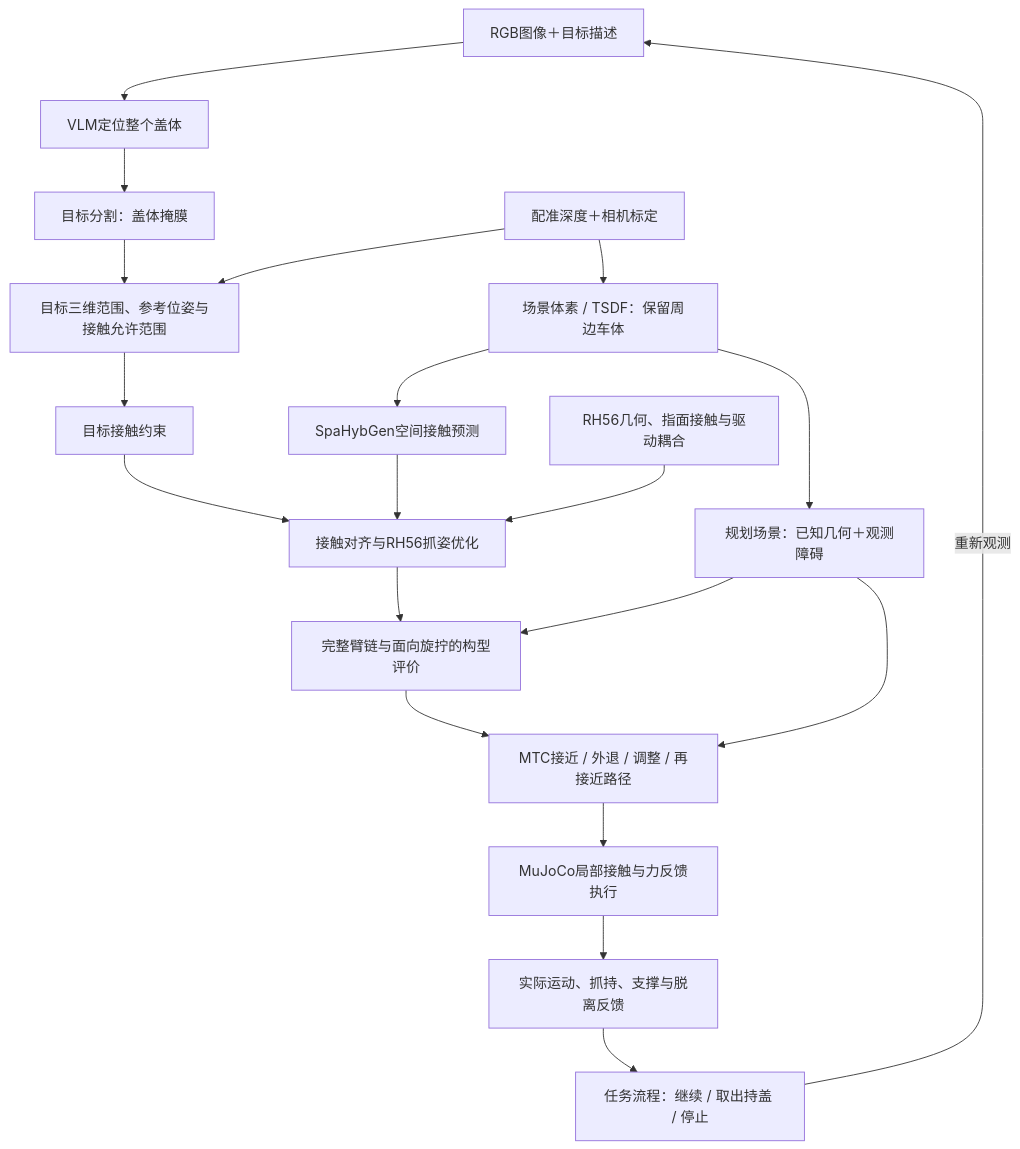
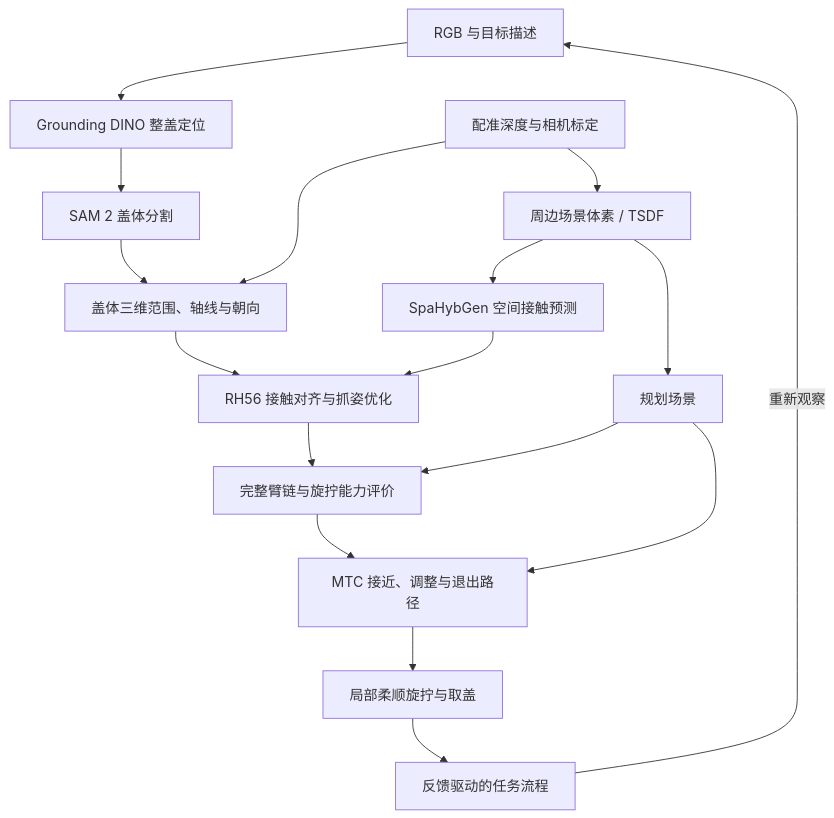
One commit to Ace-XiaoChuan/i10_rh56_refueling changed the diagram in doc/current_technical_route.md. Above: the diagram before and after it, drawn with Mermaid. The commit also changed other lines of this file and 781 other files, not shown here.

First line of the commit message:
feat: add local cap perception and RH56 SpaHybGen adaptation

````diff
--- a/doc/current_technical_route.md
+++ b/doc/current_technical_route.md
@@ -11,22 +9,20 @@
 ```mermaid
+
 flowchart TD
-    RGB["RGB图像＋目标描述"] --> VLM["VLM定位整个盖体"]
-    VLM --> SEG["目标分割：盖体掩膜"]
-    SEG --> GEO["目标三维范围、参考位姿与接触允许范围"]
-    DEPTH["配准深度＋相机标定"] --> GEO
-    DEPTH --> VOL["场景体素 / TSDF：保留周边车体"]
-    GEO --> LIMIT["目标接触约束"]
-    VOL --> PRED["SpaHybGen空间接触预测"]
-    PRED --> GRASP["接触对齐与RH56抓姿优化"]
-    LIMIT --> GRASP
-    HAND["RH56几何、指面接触与驱动耦合"] --> GRASP
-    GRASP --> EVAL["完整臂链与面向旋拧的构型评价"]
-    VOL --> SCENE["规划场景：已知几何＋观测障碍"]
-    SCENE --> EVAL
-    EVAL --> MTC["MTC接近 / 外退 / 调整 / 再接近路径"]
+    RGB[RGB 与目标描述] --> DINO[Grounding DINO 整盖定位]
+    DINO --> SAM[SAM 2 盖体分割]
+    SAM --> GEO[盖体三维范围、轴线与朝向]
+    DEPTH[配准深度与相机标定] --> GEO
+    DEPTH --> VOL[周边场景体素 / TSDF]
+    VOL --> CONTACT[SpaHybGen 空间接触预测]
+    GEO --> GRASP[RH56 接触对齐与抓姿优化]
+    CONTACT --> GRASP
+    GRASP --> ARM[完整臂链与旋拧能力评价]
+    VOL --> SCENE[规划场景]
+    SCENE --> ARM
+    ARM --> MTC[MTC 接近、调整与退出路径]
     SCENE --> MTC
-    MTC --> EXEC["MuJoCo局部接触与力反馈执行"]
-    EXEC --> FB["实际运动、抓持、支撑与脱离反馈"]
-    FB --> TASK["任务流程：继续 / 取出持盖 / 停止"]
-    TASK -->|"重新观测"| RGB
+    MTC --> EXEC[局部柔顺旋拧与取盖]
+    EXEC --> TASK[反馈驱动的任务流程]
+    TASK -->|重新观察| RGB
 ```
````
